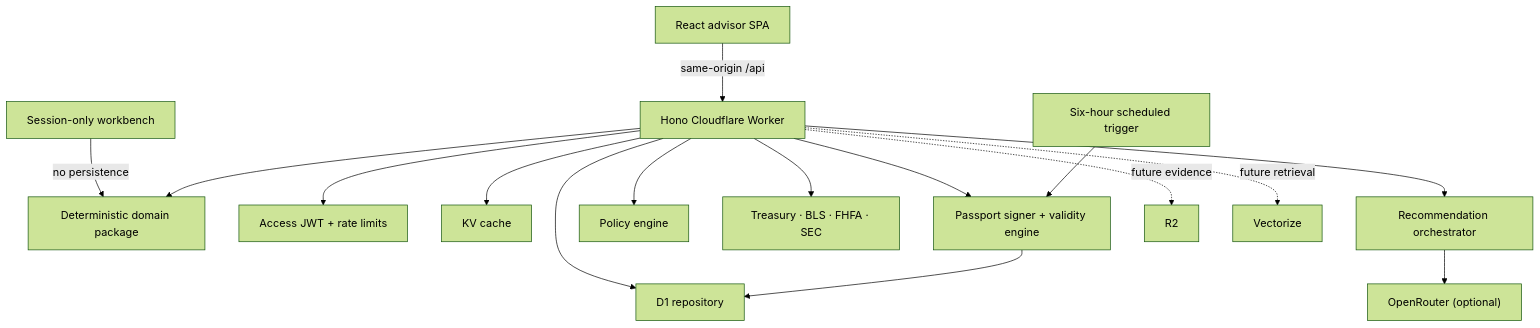
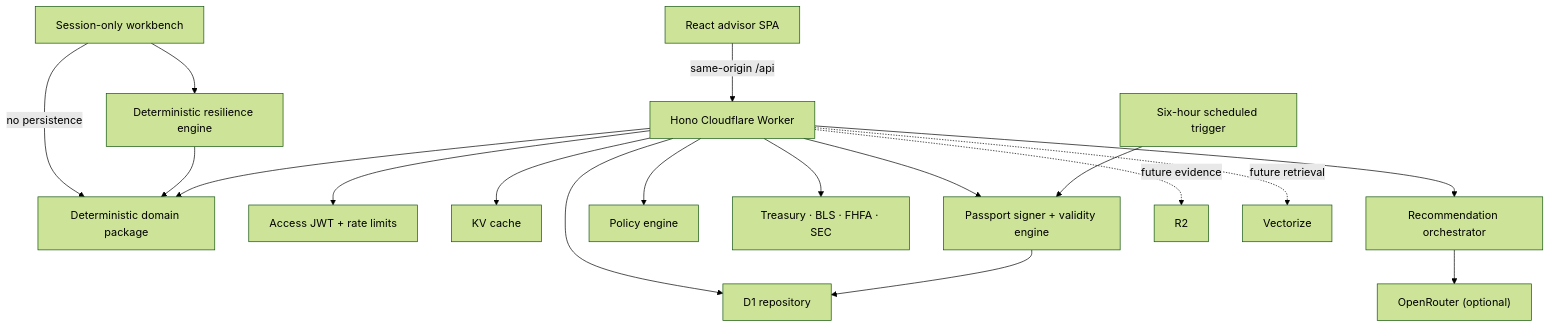
Before and after one commit to AjayKasu1/financial-independence-digital-twin: the diagram in docs/architecture.md, drawn with Mermaid (forest theme). The commit also changed other lines of this file and 26 other files, not shown here.

````diff
--- a/docs/architecture.md
+++ b/docs/architecture.md
@@ -5,18 +5,20 @@
 ```mermaid
 flowchart TB
   Browser["React advisor SPA"] -->|"same-origin /api"| Worker["Hono Cloudflare Worker"]
   Workbench["Session-only workbench"] -->|"no persistence"| Domain
+  Workbench --> Resilience["Deterministic resilience engine"]
+  Resilience --> Domain
   Worker --> Auth["Access JWT + rate limits"]
   Worker --> D1["D1 repository"]
   Worker --> KV["KV cache"]
   Worker --> Domain["Deterministic domain package"]
   Worker --> AI["Recommendation orchestrator"]
   AI --> OR["OpenRouter (optional)"]
   Worker --> Policy["Policy engine"]
   Worker --> Public["Treasury · BLS · FHFA · SEC"]
   Worker --> Passport["Passport signer + validity engine"]
   Cron["Six-hour scheduled trigger"] --> Passport
   Passport --> D1
   Worker -. future evidence .-> R2["R2"]
   Worker -. future retrieval .-> Vectorize["Vectorize"]
 ```
````
